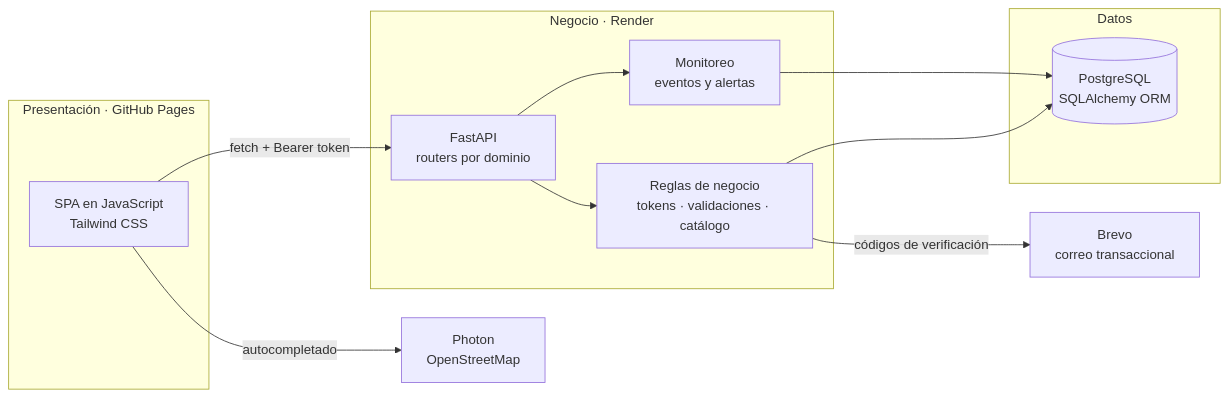
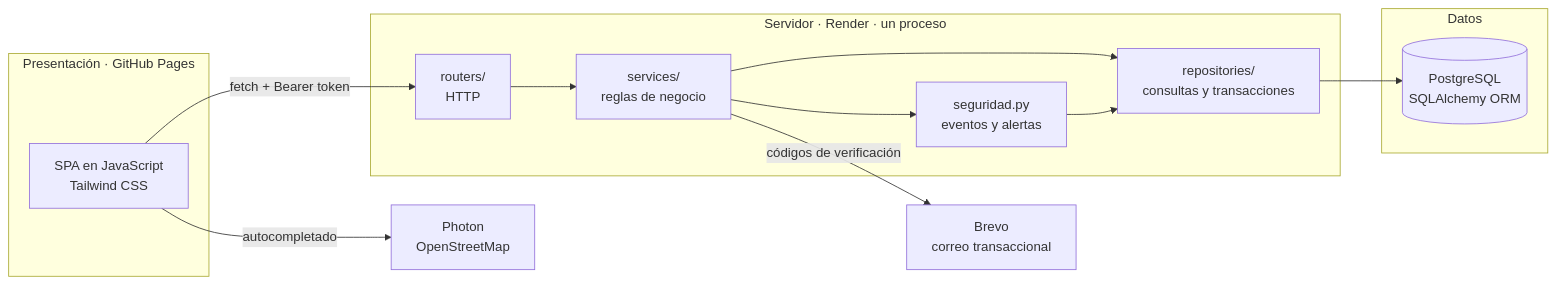
Before and after one commit to arrobaaas/agro-colab: the diagram in README.md, drawn with Mermaid. The commit also changed other lines of this file and 58 other files, not shown here.

Commit message:
feat: Códigos HTTP correctos, capas separadas y entregables del Hito 2

````diff
--- a/README.md
+++ b/README.md
@@ -110,22 +112,23 @@
 ```mermaid
 flowchart LR
     subgraph Cliente["Presentación · GitHub Pages"]
         SPA["SPA en JavaScript<br/>Tailwind CSS"]
     end
-    subgraph Servidor["Negocio · Render"]
-        API["FastAPI<br/>routers por dominio"]
-        Core["Reglas de negocio<br/>tokens · validaciones · catálogo"]
-        Seg["Monitoreo<br/>eventos y alertas"]
+    subgraph Servidor["Servidor · Render · un proceso"]
+        R["routers/<br/>HTTP"]
+        S["services/<br/>reglas de negocio"]
+        Rep["repositories/<br/>consultas y transacciones"]
+        Seg["seguridad.py<br/>eventos y alertas"]
     end
     subgraph Datos["Datos"]
         DB[("PostgreSQL<br/>SQLAlchemy ORM")]
     end
     Brevo["Brevo<br/>correo transaccional"]
     Photon["Photon<br/>OpenStreetMap"]
 
-    SPA -- "fetch + Bearer token" --> API
-    API --> Core --> DB
-    API --> Seg --> DB
-    Core -- "códigos de verificación" --> Brevo
+    SPA -- "fetch + Bearer token" --> R
+    R --> S --> Rep --> DB
+    S --> Seg --> Rep
+    S -- "códigos de verificación" --> Brevo
     SPA -- "autocompletado" --> Photon
 ```
````
